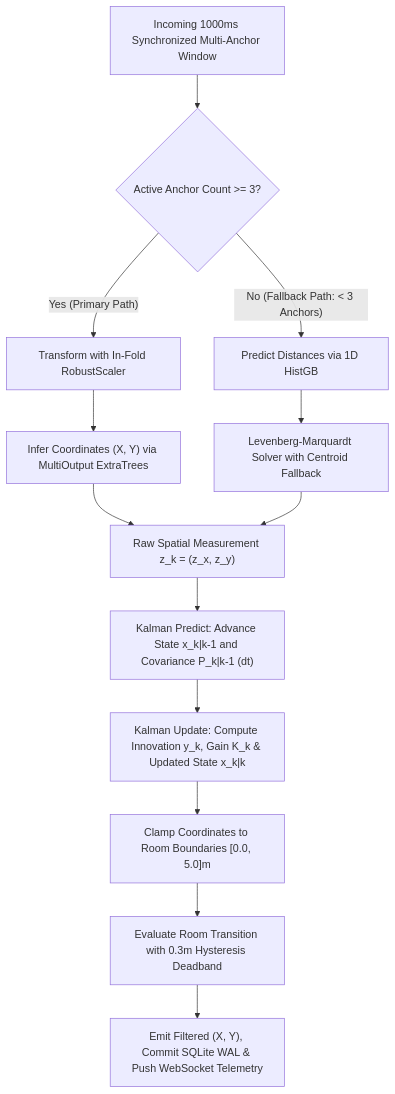
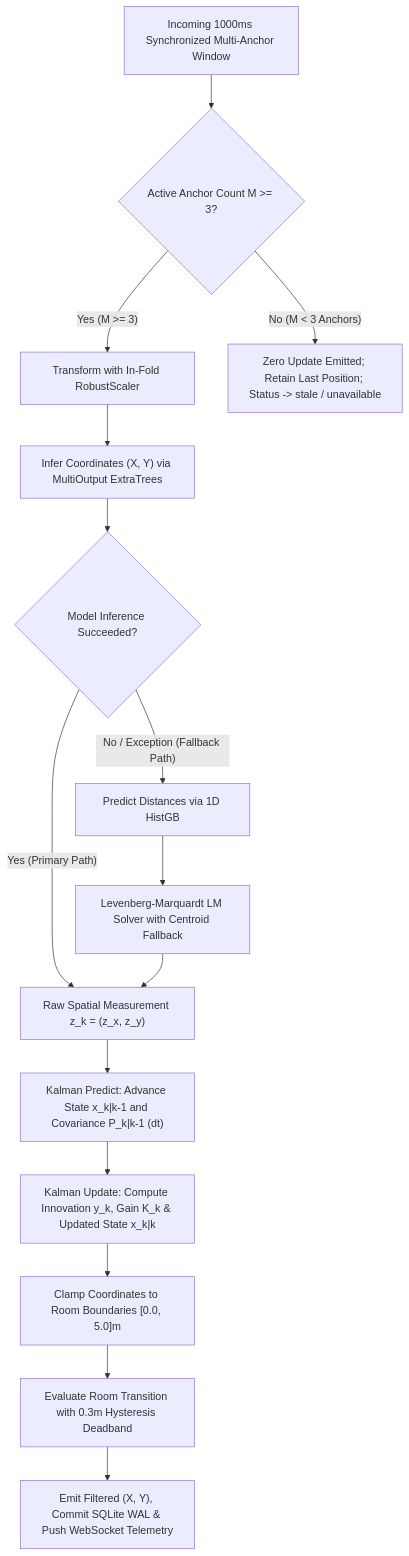
One commit to tafabande/ble-locater changed the fourth of 8 diagrams in documentation docs/Chapter_3_Research_Methodology.md. Above: the diagram before and after it, drawn with Mermaid. The commit also changed other lines of this file and 10 other files, not shown here.

````diff
--- a/documentation docs/Chapter_3_Research_Methodology.md
+++ b/documentation docs/Chapter_3_Research_Methodology.md
@@ -495,18 +580,21 @@
 ```mermaid
 flowchart TD
-    START["Incoming 1000ms Synchronized Multi-Anchor Window"] --> CHECK{"Active Anchor Count >= 3?"}
+    START["Incoming 1000ms Synchronized Multi-Anchor Window"] --> CHECK{"Active Anchor Count M >= 3?"}
 
-    CHECK -- "Yes (Primary Path)" --> SCALE["Transform with In-Fold RobustScaler"]
+    CHECK -- "Yes (M >= 3)" --> SCALE["Transform with In-Fold RobustScaler"]
     SCALE --> ML_PRED["Infer Coordinates (X, Y) via MultiOutput ExtraTrees"]
-    ML_PRED --> MERGE["Raw Spatial Measurement z_k = (z_x, z_y)"]
+    ML_PRED --> ML_STATUS{"Model Inference Succeeded?"}
 
-    CHECK -- "No (Fallback Path: < 3 Anchors)" --> RANGING["Predict Distances via 1D HistGB"]
-    RANGING --> TRILAT["Levenberg-Marquardt Solver with Centroid Fallback"]
+    ML_STATUS -- "Yes (Primary Path)" --> MERGE["Raw Spatial Measurement z_k = (z_x, z_y)"]
+    ML_STATUS -- "No / Exception (Fallback Path)" --> RANGING["Predict Distances via 1D HistGB"]
+    RANGING --> TRILAT["Levenberg-Marquardt LM Solver with Centroid Fallback"]
     TRILAT --> MERGE
+
+    CHECK -- "No (M < 3 Anchors)" --> HALT["Zero Update Emitted; Retain Last Position; Status -> stale / unavailable"]
 
     MERGE --> KF_PRED["Kalman Predict: Advance State x_k|k-1 and Covariance P_k|k-1 (dt)"]
     KF_PRED --> KF_UPD["Kalman Update: Compute Innovation y_k, Gain K_k & Updated State x_k|k"]
     KF_UPD --> BOUND["Clamp Coordinates to Room Boundaries [0.0, 5.0]m"]
     BOUND --> HYST_CHECK["Evaluate Room Transition with 0.3m Hysteresis Deadband"]
     HYST_CHECK --> EMIT["Emit Filtered (X, Y), Commit SQLite WAL & Push WebSocket Telemetry"]
 ```
````
